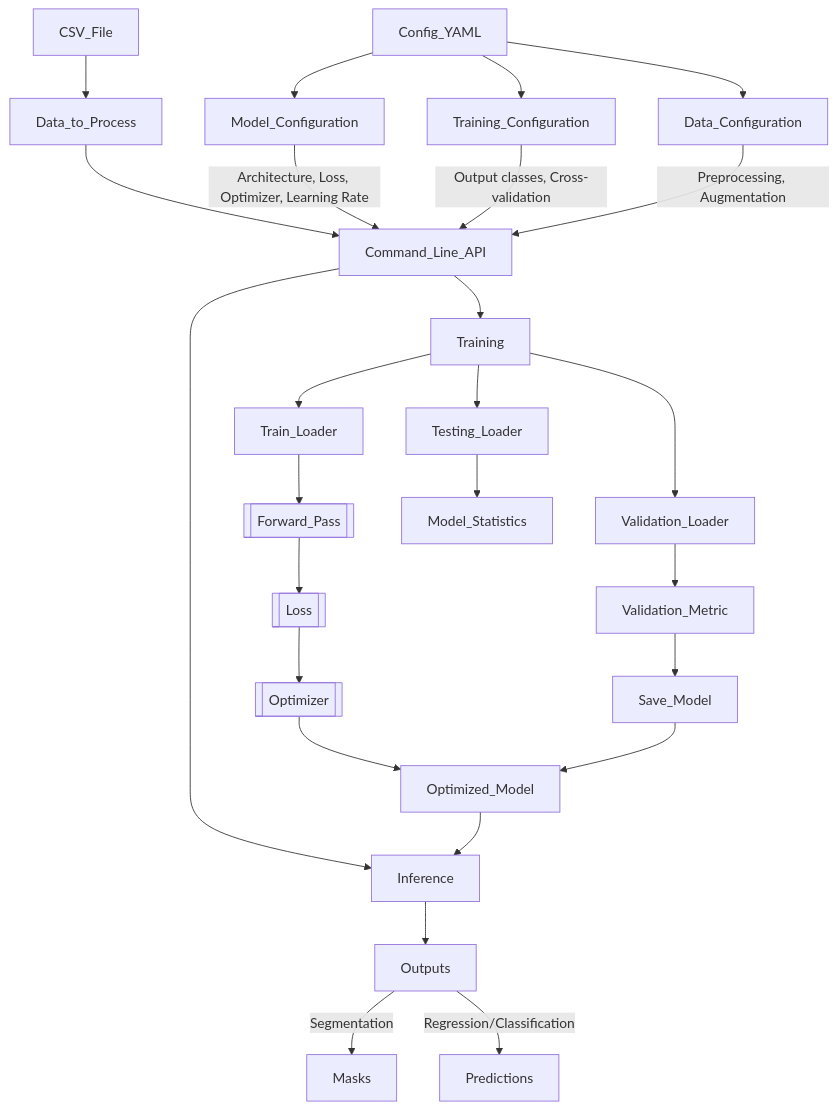
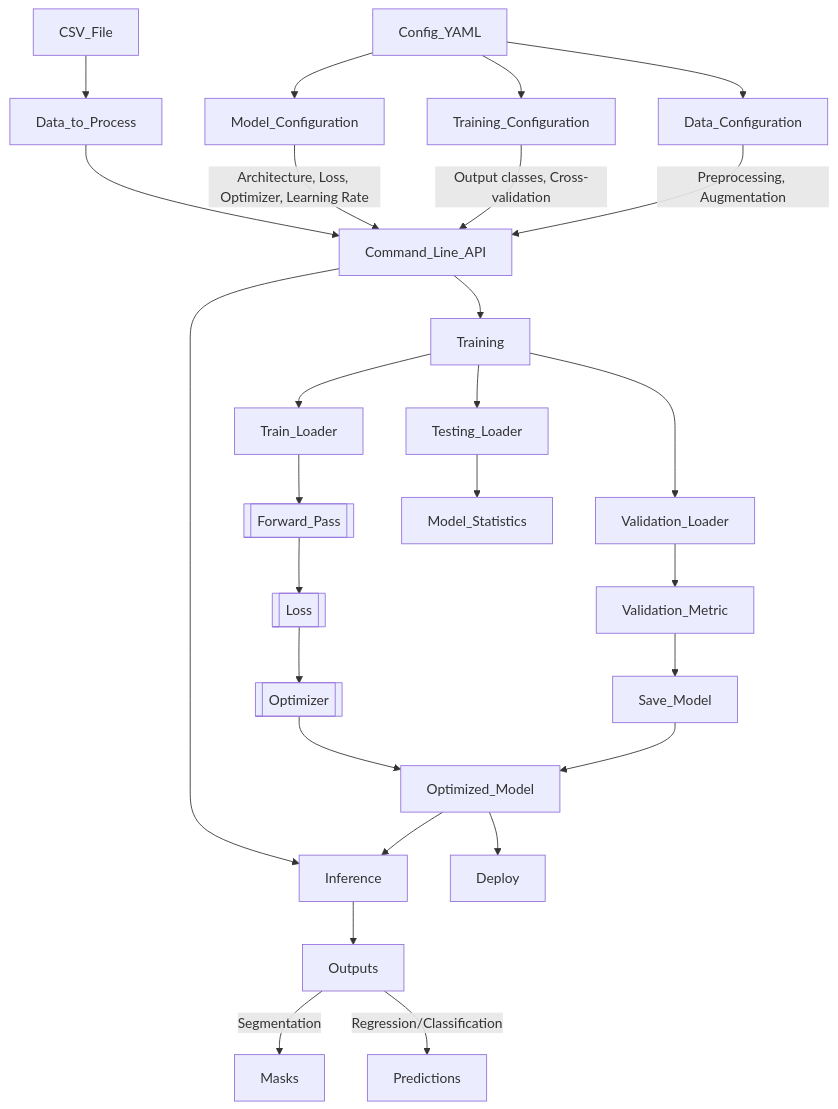
One commit to szmazurek/GaNDLF changed the diagram in docs/README.md. Above: the diagram before and after it, drawn with Mermaid. The commit also changed 10 other files, not shown here.

````diff
--- a/docs/README.md
+++ b/docs/README.md
@@ -7,28 +7,29 @@
 ```mermaid
 graph TD;
     CSV_File-->Data_to_Process;
     Data_to_Process-->Command_Line_API;
     Config_YAML-->Model_Configuration
     Config_YAML-->Training_Configuration
     Config_YAML-->Data_Configuration
     Model_Configuration-- Architecture, Loss, Optimizer, Learning Rate -->Command_Line_API;
     Training_Configuration-- Output classes, Cross-validation -->Command_Line_API;
     Data_Configuration-- Preprocessing, Augmentation -->Command_Line_API;
     Command_Line_API-->Inference;
     Command_Line_API-->Training;
     Inference-->Outputs;
     Outputs--Segmentation-->Masks;
     Outputs--Regression/Classification-->Predictions;
     Training-->Train_Loader;
     Training-->Validation_Loader;
     Training-->Testing_Loader;
     Train_Loader-->FWD[[Forward_Pass]];
     FWD[[Forward_Pass]]-->Loss[[Loss]];
     Loss[[Loss]]-->Optimizer[[Optimizer]];
     Validation_Loader-->Validation_Metric;
     Validation_Metric-->Save_Model;
     Testing_Loader-->Model_Statistics;
     Optimizer[[Optimizer]]-->Optimized_Model;
     Save_Model-->Optimized_Model;
     Optimized_Model-->Inference;
+    Optimized_Model-->Deploy
 ```
````
